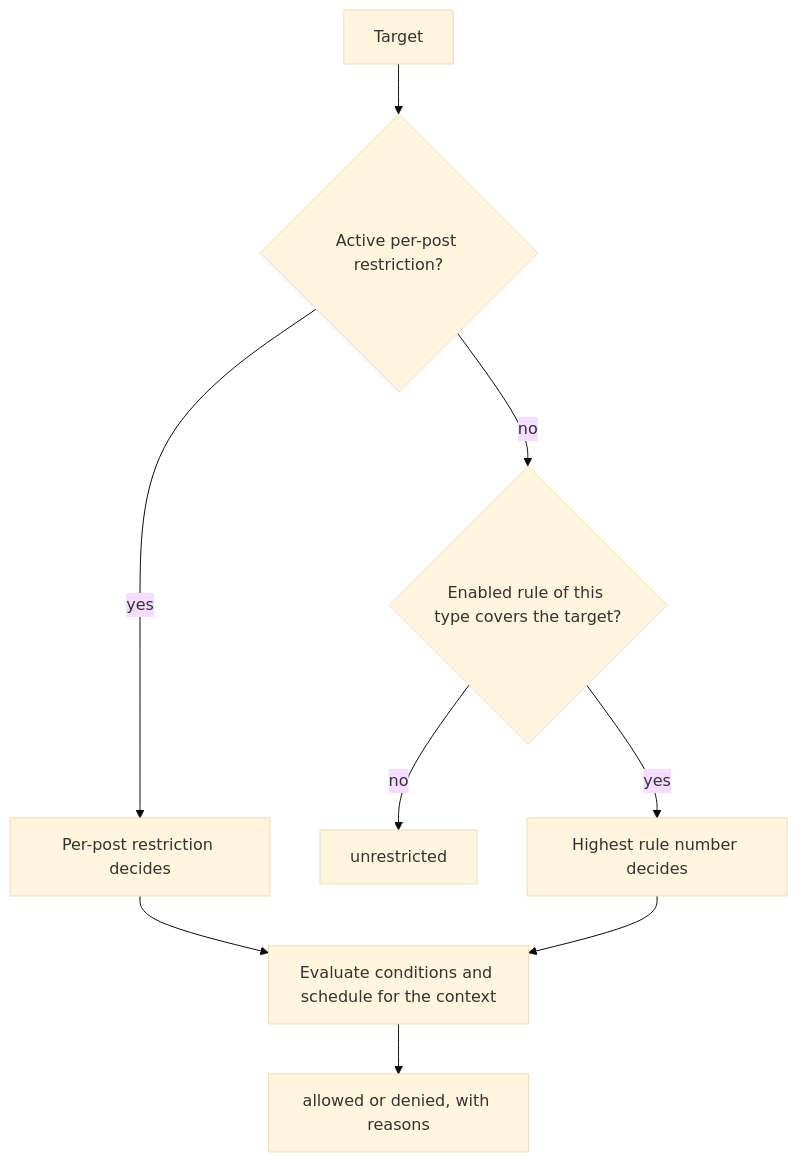
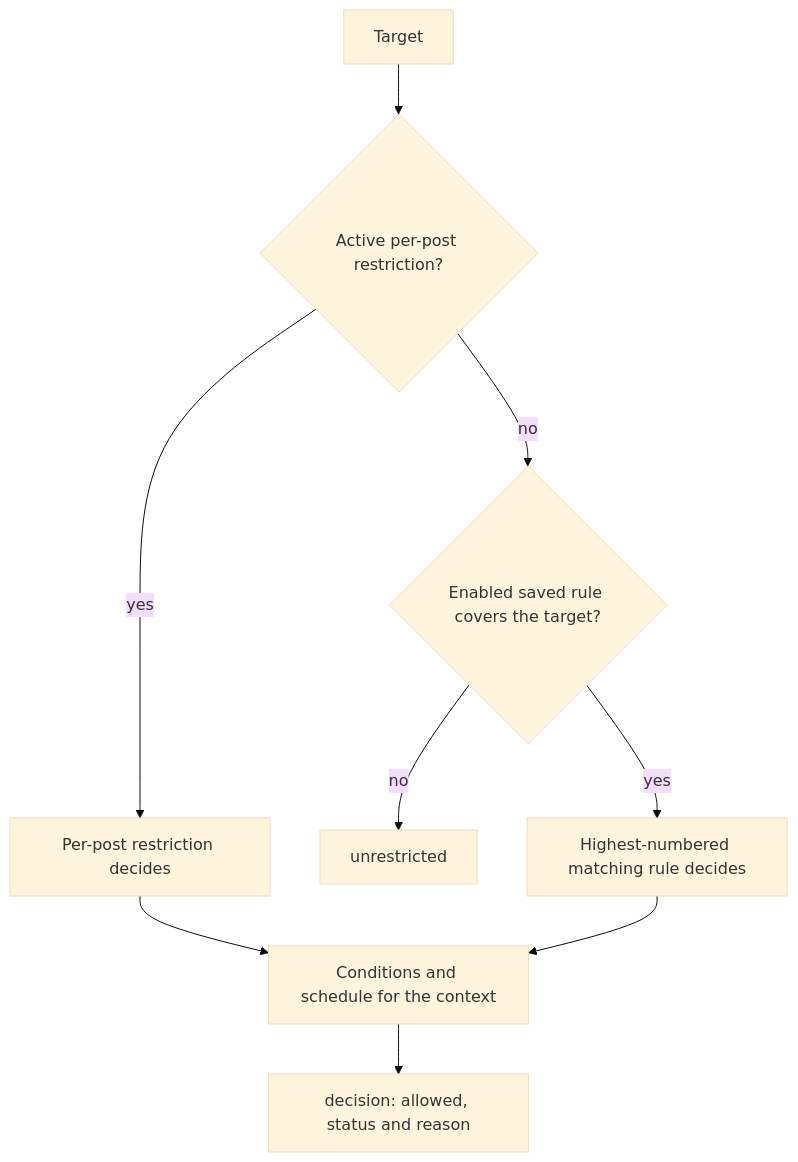
One commit to emranio/arraysubs-usermanual changed the diagram in markdowns/developers/member-access.md. Above: the diagram before and after it, drawn with Mermaid (base theme). The commit also changed other lines of this file and 31 other files, not shown here.

````diff
--- a/markdowns/developers/member-access.md
+++ b/markdowns/developers/member-access.md
@@ -65,11 +49,11 @@
 ```mermaid
 flowchart TD
     A[Target] --> B{Active per-post restriction?}
     B -- yes --> C[Per-post restriction decides]
-    B -- no --> D{Enabled rule of this type covers the target?}
+    B -- no --> D{Enabled saved rule covers the target?}
     D -- no --> E[unrestricted]
-    D -- yes --> F[Highest rule number decides]
-    C --> G[Evaluate conditions and schedule for the context]
+    D -- yes --> F[Highest-numbered matching rule decides]
+    C --> G[Conditions and schedule for the context]
     F --> G
-    G --> H[allowed or denied, with reasons]
+    G --> H[decision: allowed, status and reason]
 ```
````
